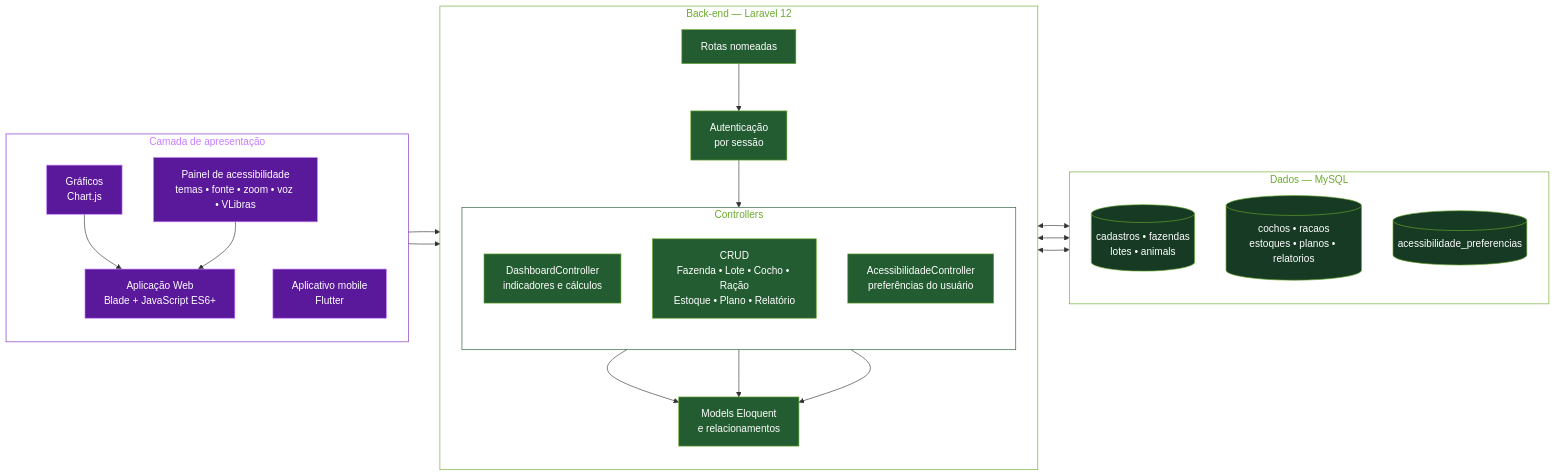
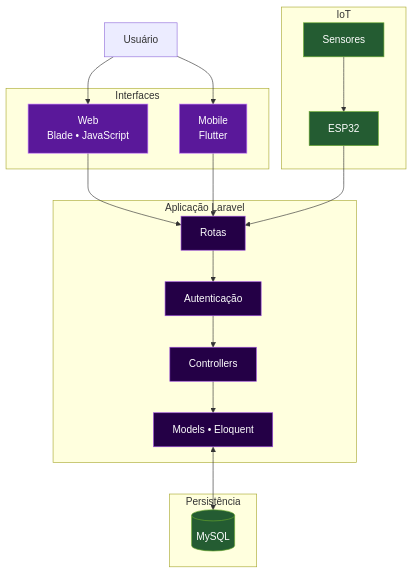
One commit to brunafigueirasilva/brunafigueirasilva changed the diagram in README.md. Above: the diagram before and after it, drawn with Mermaid. The commit also changed other lines of this file, not shown here.

````diff
--- a/README.md
+++ b/README.md
@@ -146,53 +180,48 @@
 ```mermaid
-flowchart LR
-    subgraph C["Camada de apresentação"]
-        direction TB
-        W["Aplicação Web<br/>Blade + JavaScript ES6+"]
-        G["Gráficos<br/>Chart.js"]
-        AC["Painel de acessibilidade<br/>temas • fonte • zoom • voz • VLibras"]
-        M["Aplicativo mobile<br/>Flutter"]
+flowchart TD
+
+    U["Usuário"]
+
+    subgraph UI["Interfaces"]
+        WEB["Web<br/>Blade • JavaScript"]
+        MOB["Mobile<br/>Flutter"]
     end
 
-    subgraph B["Back-end — Laravel 12"]
-        direction TB
-        R["Rotas nomeadas"]
-        AU["Autenticação<br/>por sessão"]
-        subgraph CT["Controllers"]
-            direction TB
-            DC["DashboardController<br/>indicadores e cálculos"]
-            CR["CRUD<br/>Fazenda • Lote • Cocho • Ração<br/>Estoque • Plano • Relatório"]
-            AP["AcessibilidadeController<br/>preferências do usuário"]
-        end
-        MO["Models Eloquent<br/>e relacionamentos"]
+    subgraph APP["Aplicação Laravel"]
+        ROUTE["Rotas"]
+        AUTH["Autenticação"]
+        CTRL["Controllers"]
+        MODEL["Models • Eloquent"]
     end
 
-    subgraph D["Dados — MySQL"]
-        direction TB
-        T1[("cadastros • fazendas<br/>lotes • animals")]
-        T2[("cochos • racaos<br/>estoques • planos • relatorios")]
-        T3[("acessibilidade_preferencias")]
+    subgraph DB["Persistência"]
+        MYSQL[("MySQL")]
     end
 
-    W --> R
-    G --> W
-    AC --> W
-    M --> R
-    R --> AU --> CT
-    DC --> MO
-    CR --> MO
-    AP --> MO
-    MO <--> T1
-    MO <--> T2
-    MO <--> T3
+    subgraph SENSOR["IoT"]
+        ESP["ESP32"]
+        SENS["Sensores"]
+    end
 
-    classDef roxo fill:#5A189A,color:#fff,stroke:#C77DFF
-    classDef verde fill:#245C32,color:#fff,stroke:#6AAA2E
-    classDef escuro fill:#163A24,color:#fff,stroke:#6AAA2E
-    class W,G,AC,M roxo
-    class R,AU,DC,CR,AP,MO verde
-    class T1,T2,T3 escuro
-    style C fill:transparent,stroke:#7B2CBF,color:#C77DFF
-    style B fill:transparent,stroke:#6AAA2E,color:#6AAA2E
-    style CT fill:transparent,stroke:#245C32,color:#6AAA2E
-    style D fill:transparent,stroke:#6AAA2E,color:#6AAA2E
+    U --> WEB
+    U --> MOB
+
+    WEB --> ROUTE
+    MOB --> ROUTE
+
+    ROUTE --> AUTH
+    AUTH --> CTRL
+    CTRL --> MODEL
+    MODEL <--> MYSQL
+
+    SENS --> ESP
+    ESP --> ROUTE
+
+    classDef purple fill:#5A189A,color:#fff,stroke:#C77DFF
+    classDef backend fill:#240046,color:#fff,stroke:#9D4EDD
+    classDef green fill:#245C32,color:#fff,stroke:#6AAA2E
+
+    class WEB,MOB purple
+    class ROUTE,AUTH,CTRL,MODEL backend
+    class MYSQL,ESP,SENS green
 ```
````
